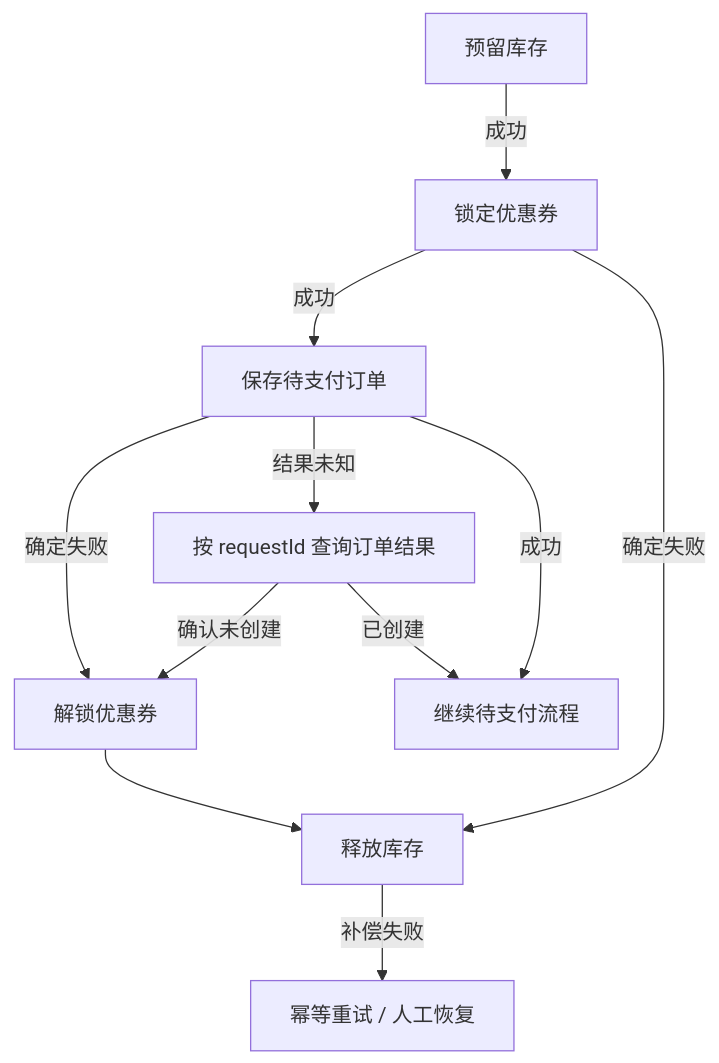
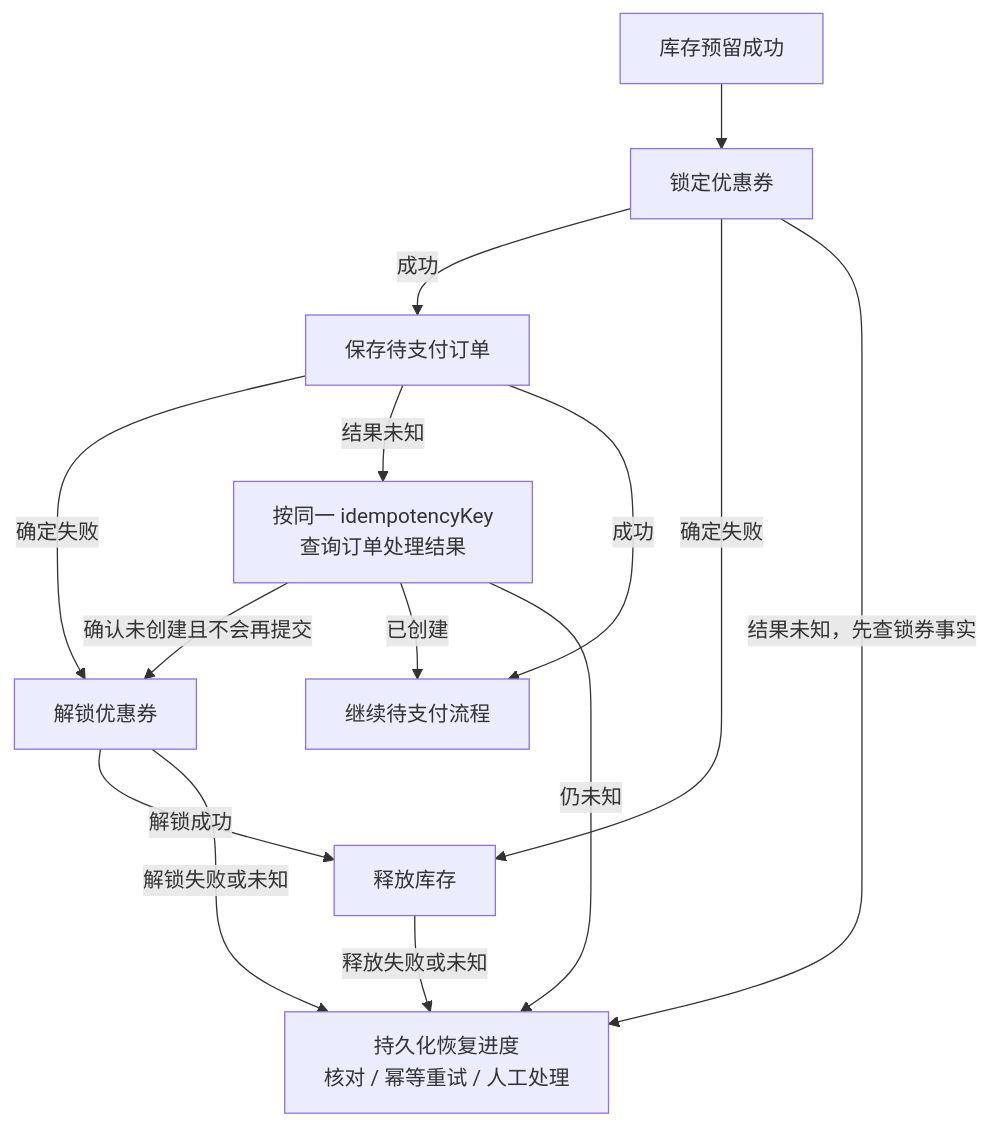
The diagram in source/diagrams/07-engineering-diagrams-ai-workflow/14-saga.mmd (wxquare/wxquare.github.io), drawn with Mermaid before and after one commit. The commit also changed 12 other files, not shown here.

Commit message:
docs: refine engineering diagrams article

```diff
--- a/source/diagrams/07-engineering-diagrams-ai-workflow/14-saga.mmd
+++ b/source/diagrams/07-engineering-diagrams-ai-workflow/14-saga.mmd
@@ -1,11 +1,16 @@
 flowchart TB
-  A["预留库存"] -->|成功| B["锁定优惠券"]
+  accTitle: 带券创单的补偿与结果核对
+  accDescr: 图从库存预留成功后展开。订单保存结果未知时查询处理结果，确认不会再提交才释放资源；补偿失败需持续恢复。
+  A["库存预留成功"] --> B["锁定优惠券"]
   B -->|成功| C["保存待支付订单"]
   B -->|确定失败| X["释放库存"]
   C -->|确定失败| Y["解锁优惠券"]
-  Y --> X
-  C -->|结果未知| Q["按 requestId 查询订单结果"]
-  Q -->|确认未创建| Y
+  Y -->|解锁成功| X
+  C -->|结果未知| Q["按同一 idempotencyKey<br/>查询订单处理结果"]
+  Q -->|确认未创建且不会再提交| Y
   Q -->|已创建| Z["继续待支付流程"]
   C -->|成功| Z
-  X -->|补偿失败| R["幂等重试 / 人工恢复"]
+  Q -->|仍未知| R["持久化恢复进度<br/>核对 / 幂等重试 / 人工处理"]
+  B -->|结果未知，先查锁券事实| R
+  Y -->|解锁失败或未知| R
+  X -->|释放失败或未知| R
```
